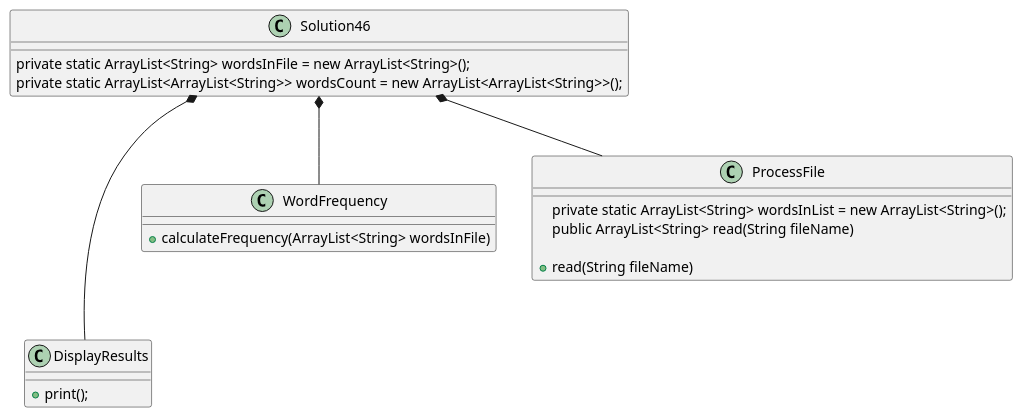
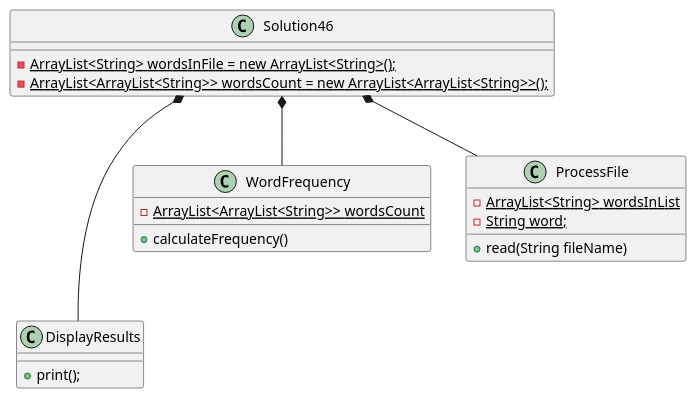
Before and after one commit to Asad006/App-T5_3: the diagram in src/main/java/org/example/Ex46/base/Solution46.puml, drawn with PlantUML. The commit also changed 13 other files, not shown here.

```diff
--- a/src/main/java/org/example/Ex46/base/Solution46.puml
+++ b/src/main/java/org/example/Ex46/base/Solution46.puml
@@ -1,27 +1,28 @@
 @startuml
 'https://plantuml.com/sequence-diagram
 
 class Solution46 {
-    private static ArrayList<String> wordsInFile = new ArrayList<String>();
-    private static ArrayList<ArrayList<String>> wordsCount = new ArrayList<ArrayList<String>>();
+    - {static} ArrayList<String> wordsInFile = new ArrayList<String>();
+    - {static} ArrayList<ArrayList<String>> wordsCount = new ArrayList<ArrayList<String>>();
 
     }
 
 class DisplayResults {
 + print();
 }
 
 class WordFrequency {
-+ calculateFrequency(ArrayList<String> wordsInFile)
+- {static} ArrayList<ArrayList<String>> wordsCount
++ calculateFrequency()
 }
 class ProcessFile {
-    private static ArrayList<String> wordsInList = new ArrayList<String>();
-    public ArrayList<String> read(String fileName)
+    - {static} ArrayList<String> wordsInList
+    - {static} String word;
 
     + read(String fileName)
     }
 
 Solution46 *-- ProcessFile
 Solution46 *-- WordFrequency
 Solution46 *--- DisplayResults
 @enduml
```
